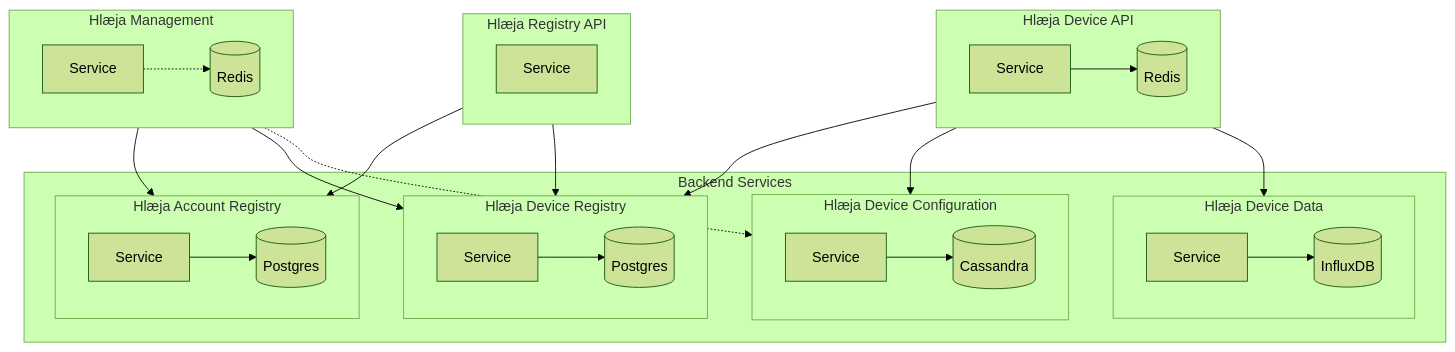
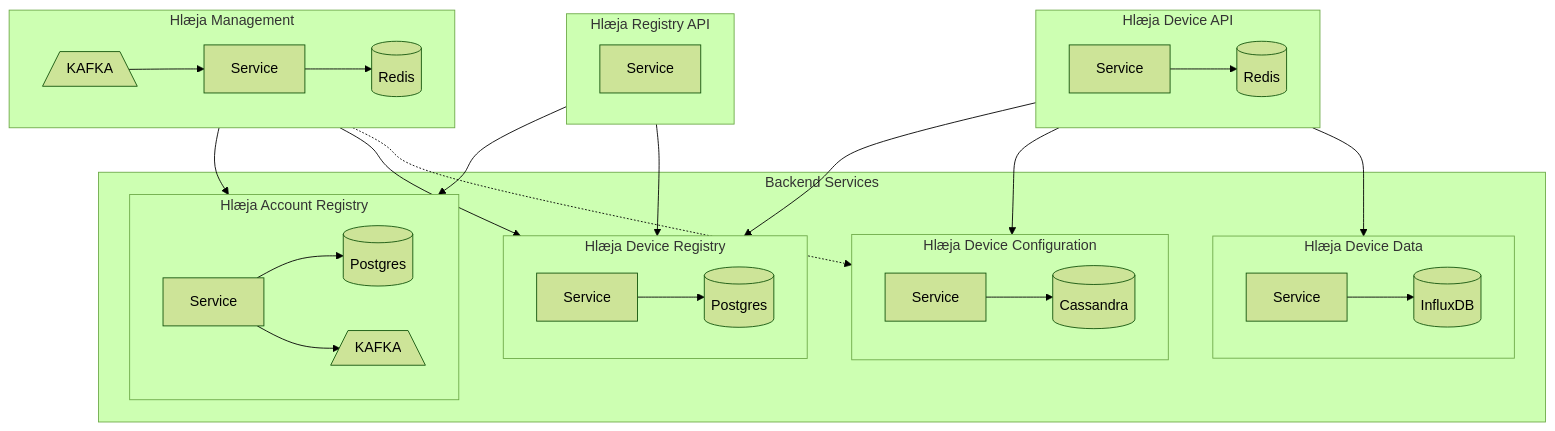
The first of 3 diagrams in doc/dependency.md (swordsteel/hlaeja-development), drawn with Mermaid (forest theme) before and after one commit. The commit also changed other lines of this file and 1 other file, not shown here.

````diff
--- a/doc/dependency.md
+++ b/doc/dependency.md
@@ -37,40 +37,43 @@
 ```mermaid
 graph TD
 ;
 
   subgraph BE[Backend Services]
     subgraph HDR[Hlæja Device Registry]
       HDRS[Service] --> HDRD[(Postgres)]
     end
     subgraph HDD[Hlæja Device Data]
       HDDS[Service] --> HDDD[(InfluxDB)]
     end
     subgraph HDC[Hlæja Device Configuration]
       HDCS[Service] --> HDCD[(Cassandra)]
     end
     subgraph HAR[Hlæja Account Registry]
+      direction LR
       HARS[Service] --> HARD[(Postgres)]
+      HARS[Service] --> HDRK[/KAFKA\]
     end
   end
   subgraph HDA[Hlæja Device API]
     HDAS[Service] --> HDAR[(Redis)]
   end
   subgraph HRA[Hlæja Registry API]
     HRAS[Service]
   end
   subgraph HM[Hlæja Management]
-    HMS[Service] -.-> HMR[(Redis)]
+    direction LR
+    HMS[Service] --> HMR[(Redis)]
+    HMK[/KAFKA\] --> HMS[Service]
   end
-
 
   HM --> HAR
   HM --> HDR
   HM -.-> HDC
 
   HRA --> HAR
   HRA --> HDR
 
   HDA --> HDR
   HDA --> HDC
   HDA --> HDD
 ```
````
